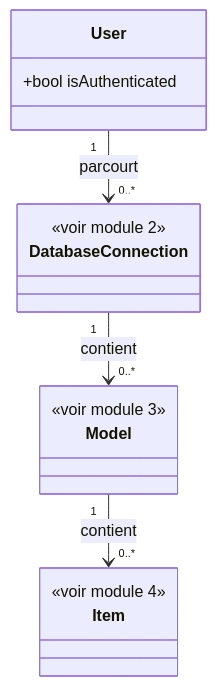
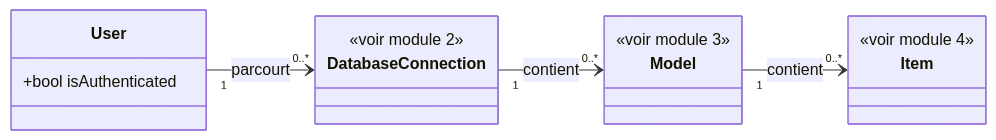
The diagram in docs/sfd/1. Architecture générale.md (quatrebarbes/modelbase), drawn with Mermaid before and after one commit. The commit also changed other lines of this file and 4 other files, not shown here.

First line of the commit message:
Fonctionnel : ajustement SFD & roadmap

````diff
--- a/docs/sfd/1. Architecture générale.md
+++ b/docs/sfd/1. Architecture générale.md
@@ -15,22 +15,24 @@
 ```mermaid
 classDiagram
+    direction LR
+
     class User {
         +bool isAuthenticated
     }
 
     class DatabaseConnection {
         <<voir module 2>>
     }
 
     class Model {
         <<voir module 3>>
     }
 
     class Item {
         <<voir module 4>>
     }
 
     User "1" --> "0..*" DatabaseConnection : parcourt
     DatabaseConnection "1" --> "0..*" Model : contient
     Model "1" --> "0..*" Item : contient
 ```
````
